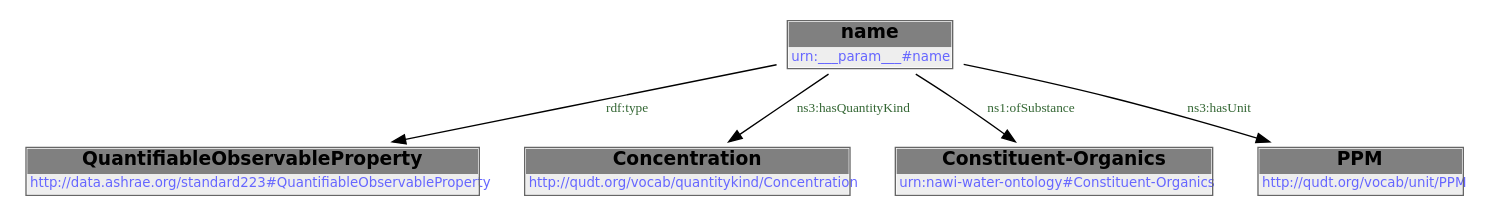
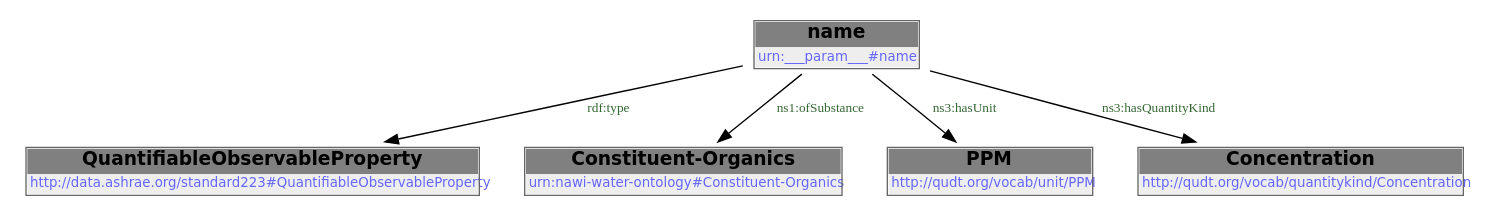
Before and after one commit to DataDrivenCPS/water-ontology: the first of 2 diagrams in docs/libraries/templates/toc-ppm.rst, drawn with Graphviz. The commit also changed other lines of this file and 33 other files, not shown here.

```diff
--- a/docs/libraries/templates/toc-ppm.rst
+++ b/docs/libraries/templates/toc-ppm.rst
@@ -63,14 +63,14 @@
         .. graphviz::
 
                 digraph G {
             node [fontname="DejaVu Sans"];
             node0 -> node1 [color=BLACK, label=< <font point-size='10' color='#336633'>rdf:type</font> >];
-            node0 -> node2 [color=BLACK, label=< <font point-size='10' color='#336633'>ns3:hasQuantityKind</font> >];
-            node0 -> node3 [color=BLACK, label=< <font point-size='10' color='#336633'>ns1:ofSubstance</font> >];
-            node0 -> node4 [color=BLACK, label=< <font point-size='10' color='#336633'>ns3:hasUnit</font> >];
+            node0 -> node2 [color=BLACK, label=< <font point-size='10' color='#336633'>ns1:ofSubstance</font> >];
+            node0 -> node3 [color=BLACK, label=< <font point-size='10' color='#336633'>ns3:hasUnit</font> >];
+            node0 -> node4 [color=BLACK, label=< <font point-size='10' color='#336633'>ns3:hasQuantityKind</font> >];
             node0 [shape=none, color=black, label=< <table color='#666666' cellborder='0' cellspacing='0' border='1'><tr><td colspan='2' bgcolor='grey'><B>name</B></td></tr><tr><td href='urn:___param___#name' bgcolor='#eeeeee' colspan='2'><font point-size='10' color='#6666ff'>urn:___param___#name</font></td></tr></table> >];
             node1 [shape=none, color=black, label=< <table color='#666666' cellborder='0' cellspacing='0' border='1'><tr><td colspan='2' bgcolor='grey'><B>QuantifiableObservableProperty</B></td></tr><tr><td href='http://data.ashrae.org/standard223#QuantifiableObservableProperty' bgcolor='#eeeeee' colspan='2'><font point-size='10' color='#6666ff'>http://data.ashrae.org/standard223#QuantifiableObservableProperty</font></td></tr></table> >];
-            node2 [shape=none, color=black, label=< <table color='#666666' cellborder='0' cellspacing='0' border='1'><tr><td colspan='2' bgcolor='grey'><B>Concentration</B></td></tr><tr><td href='http://qudt.org/vocab/quantitykind/Concentration' bgcolor='#eeeeee' colspan='2'><font point-size='10' color='#6666ff'>http://qudt.org/vocab/quantitykind/Concentration</font></td></tr></table> >];
-            node3 [shape=none, color=black, label=< <table color='#666666' cellborder='0' cellspacing='0' border='1'><tr><td colspan='2' bgcolor='grey'><B>Constituent-Organics</B></td></tr><tr><td href='urn:nawi-water-ontology#Constituent-Organics' bgcolor='#eeeeee' colspan='2'><font point-size='10' color='#6666ff'>urn:nawi-water-ontology#Constituent-Organics</font></td></tr></table> >];
-            node4 [shape=none, color=black, label=< <table color='#666666' cellborder='0' cellspacing='0' border='1'><tr><td colspan='2' bgcolor='grey'><B>PPM</B></td></tr><tr><td href='http://qudt.org/vocab/unit/PPM' bgcolor='#eeeeee' colspan='2'><font point-size='10' color='#6666ff'>http://qudt.org/vocab/unit/PPM</font></td></tr></table> >];
+            node2 [shape=none, color=black, label=< <table color='#666666' cellborder='0' cellspacing='0' border='1'><tr><td colspan='2' bgcolor='grey'><B>Constituent-Organics</B></td></tr><tr><td href='urn:nawi-water-ontology#Constituent-Organics' bgcolor='#eeeeee' colspan='2'><font point-size='10' color='#6666ff'>urn:nawi-water-ontology#Constituent-Organics</font></td></tr></table> >];
+            node3 [shape=none, color=black, label=< <table color='#666666' cellborder='0' cellspacing='0' border='1'><tr><td colspan='2' bgcolor='grey'><B>PPM</B></td></tr><tr><td href='http://qudt.org/vocab/unit/PPM' bgcolor='#eeeeee' colspan='2'><font point-size='10' color='#6666ff'>http://qudt.org/vocab/unit/PPM</font></td></tr></table> >];
+            node4 [shape=none, color=black, label=< <table color='#666666' cellborder='0' cellspacing='0' border='1'><tr><td colspan='2' bgcolor='grey'><B>Concentration</B></td></tr><tr><td href='http://qudt.org/vocab/quantitykind/Concentration' bgcolor='#eeeeee' colspan='2'><font point-size='10' color='#6666ff'>http://qudt.org/vocab/quantitykind/Concentration</font></td></tr></table> >];
             }
```
